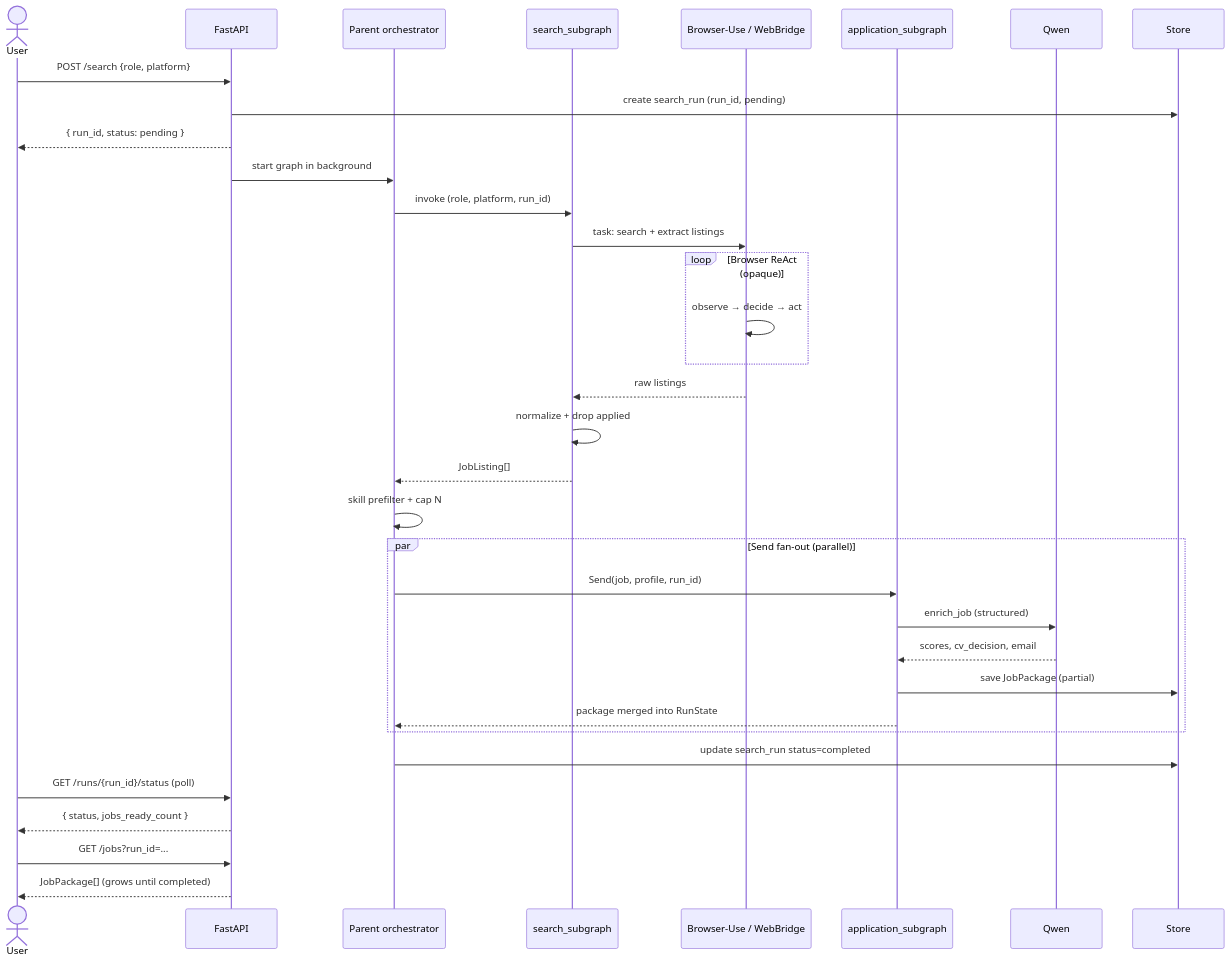
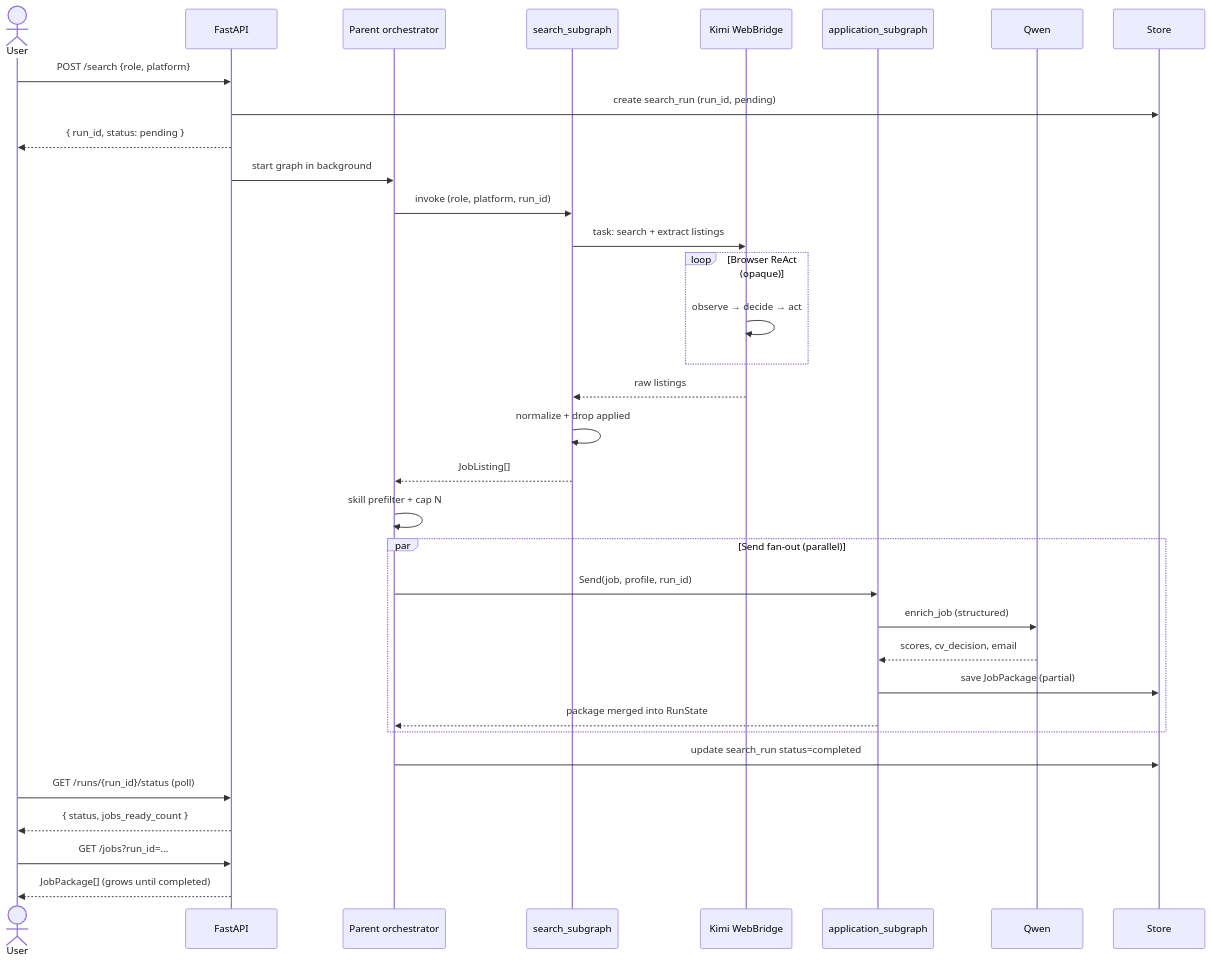
The ninth of 10 diagrams in System Design/JobPilot-System-Design.md (HamzaFayaz/JobPilot), drawn with Mermaid before and after one commit. The commit also changed other lines of this file and 23 other files, not shown here.

Commit message:
Refactor browser provider to Kimi WebBridge, replacing deprecated Browser-Use. Update documentation and configuration files to reflect changes in the Search Helper architecture and user setup. Ensure seamless integration with existing APIs and maintain user session continuity in Chrome.

````diff
--- a/System Design/JobPilot-System-Design.md
+++ b/System Design/JobPilot-System-Design.md
@@ -329,40 +329,40 @@
 ```mermaid
 sequenceDiagram
     actor User
     participant API as FastAPI
     participant Orch as Parent orchestrator
     participant SearchSG as search_subgraph
-    participant Browser as Browser-Use / WebBridge
+    participant Browser as Kimi WebBridge
     participant AppSG as application_subgraph
     participant LLM as Qwen
     participant DB as Store
 
     User->>API: POST /search {role, platform}
     API->>DB: create search_run (run_id, pending)
     API-->>User: { run_id, status: pending }
     API->>Orch: start graph in background
 
     Orch->>SearchSG: invoke (role, platform, run_id)
     SearchSG->>Browser: task: search + extract listings
     loop Browser ReAct (opaque)
         Browser->>Browser: observe → decide → act
     end
     Browser-->>SearchSG: raw listings
     SearchSG->>SearchSG: normalize + drop applied
     SearchSG-->>Orch: JobListing[]
 
     Orch->>Orch: skill prefilter + cap N
     par Send fan-out (parallel)
         Orch->>AppSG: Send(job, profile, run_id)
         AppSG->>LLM: enrich_job (structured)
         LLM-->>AppSG: scores, cv_decision, email
         AppSG->>DB: save JobPackage (partial)
         AppSG-->>Orch: package merged into RunState
     end
 
     Orch->>DB: update search_run status=completed
     User->>API: GET /runs/{run_id}/status (poll)
     API-->>User: { status, jobs_ready_count }
     User->>API: GET /jobs?run_id=...
     API-->>User: JobPackage[] (grows until completed)
 ```
````
